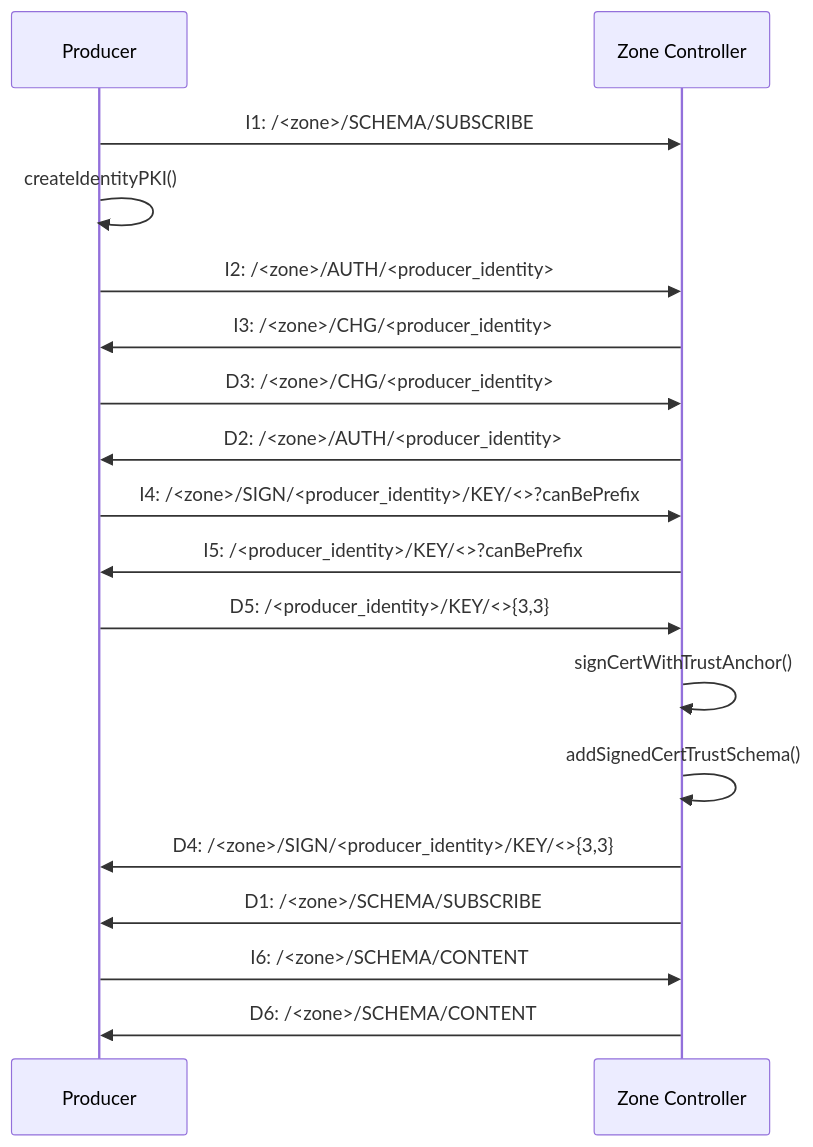
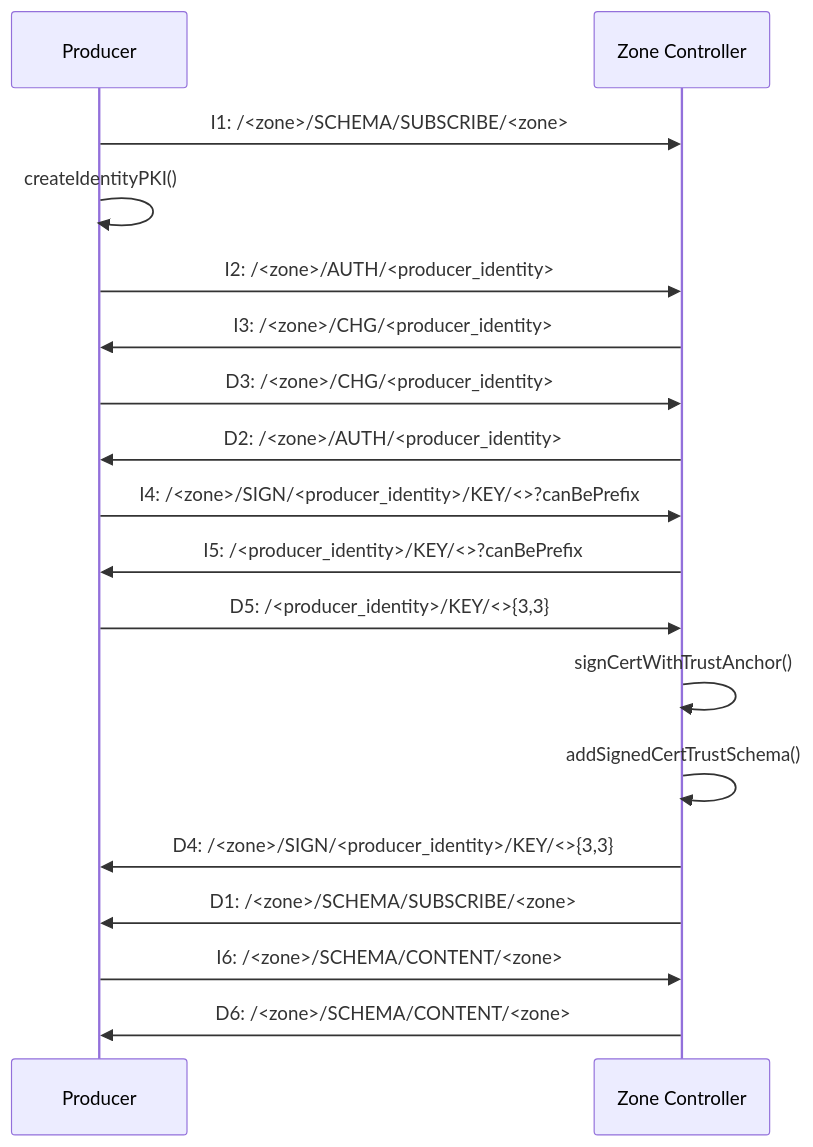
One commit to andre-romano/ndn-secure-bootstrap changed the first of 3 diagrams in README.md. Above: the diagram before and after it, drawn with Mermaid. The commit also changed other lines of this file and 1 other file, not shown here.

````diff
--- a/README.md
+++ b/README.md
@@ -185,21 +196,21 @@
 ```mermaid
 sequenceDiagram
     participant Producer
     participant Zone Controller
 
-    Producer->>Zone Controller: I1: /<zone>/SCHEMA/SUBSCRIBE    
+    Producer->>Zone Controller: I1: /<zone>/SCHEMA/SUBSCRIBE/<zone>    
     Producer->>Producer: createIdentityPKI()
     Producer->>Zone Controller: I2: /<zone>/AUTH/<producer_identity>
     Zone Controller->>Producer: I3: /<zone>/CHG/<producer_identity>
     Producer->>Zone Controller: D3: /<zone>/CHG/<producer_identity>
     Zone Controller->>Producer: D2: /<zone>/AUTH/<producer_identity>
     Producer->>Zone Controller: I4: /<zone>/SIGN/<producer_identity>/KEY/<>?canBePrefix
     Zone Controller->>Producer: I5: /<producer_identity>/KEY/<>?canBePrefix
     Producer->>Zone Controller: D5: /<producer_identity>/KEY/<>{3,3}
     Zone Controller->>Zone Controller: signCertWithTrustAnchor()
     Zone Controller->>Zone Controller: addSignedCertTrustSchema()
     Zone Controller->>Producer: D4: /<zone>/SIGN/<producer_identity>/KEY/<>{3,3}
-    Zone Controller->>Producer: D1: /<zone>/SCHEMA/SUBSCRIBE    
-    Producer->>Zone Controller: I6: /<zone>/SCHEMA/CONTENT
-    Zone Controller->>Producer: D6: /<zone>/SCHEMA/CONTENT    
+    Zone Controller->>Producer: D1: /<zone>/SCHEMA/SUBSCRIBE/<zone>    
+    Producer->>Zone Controller: I6: /<zone>/SCHEMA/CONTENT/<zone>
+    Zone Controller->>Producer: D6: /<zone>/SCHEMA/CONTENT/<zone>    
 ```
````
